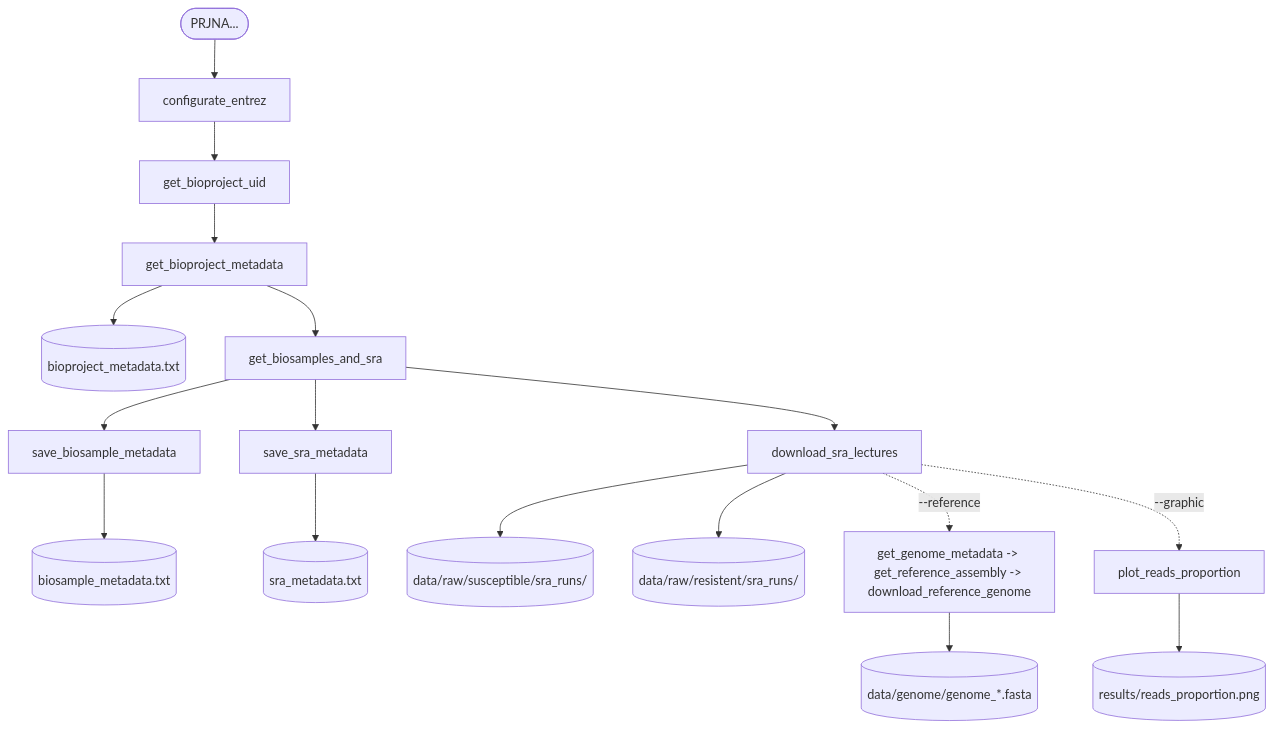
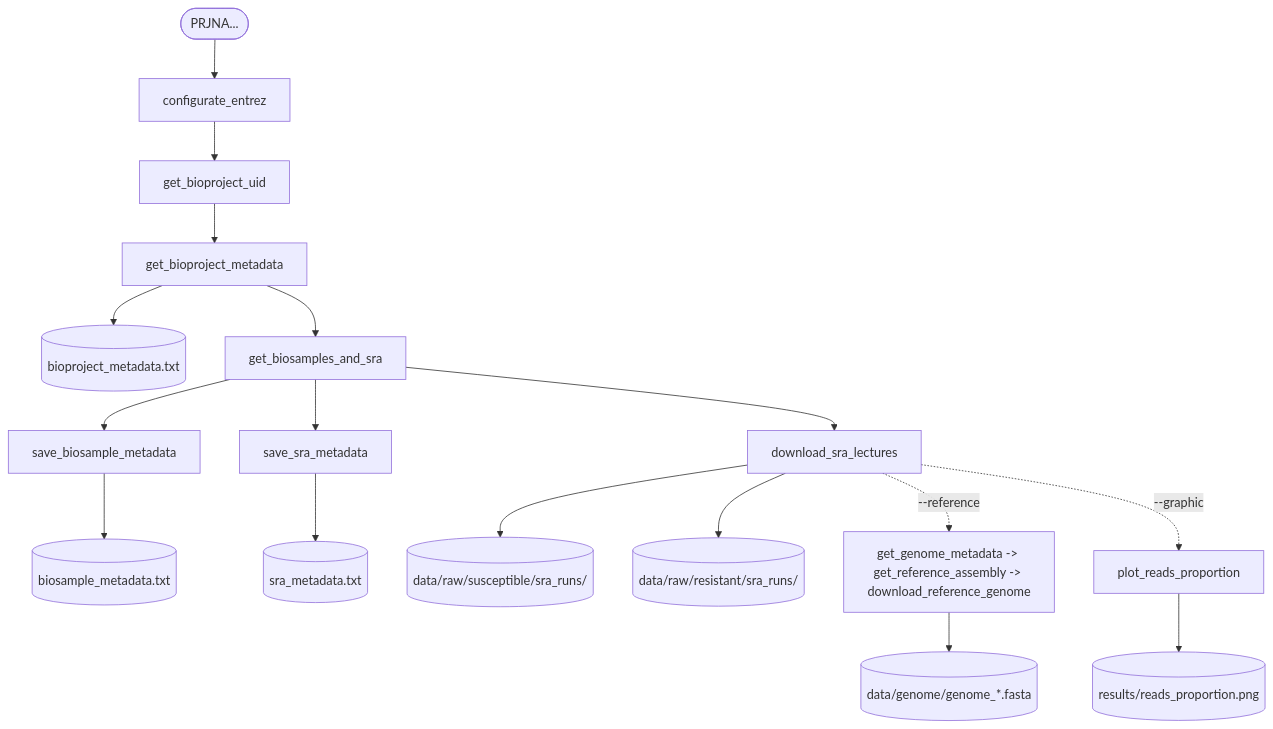
One commit to DiegoLedesma09/analisis_expresion_malaria changed the diagram in docs/download_data.md. Above: the diagram before and after it, drawn with Mermaid. The commit also changed other lines of this file, not shown here.

Commit message:
update the project tree in download_data

````diff
--- a/docs/download_data.md
+++ b/docs/download_data.md
@@ -49,15 +49,15 @@
 ```mermaid
 flowchart TD
     A([PRJNA...]) --> B[configurate_entrez]
     B --> C[get_bioproject_uid]
     C --> D[get_bioproject_metadata] --> D1[(bioproject_metadata.txt)]
     D --> E[get_biosamples_and_sra]
     E --> E1[save_biosample_metadata] --> E2[(biosample_metadata.txt)]
     E --> E3[save_sra_metadata] --> E4[(sra_metadata.txt)]
     E --> F[download_sra_lectures]
     F --> F1[(data/raw/susceptible/sra_runs/)]
-    F --> F2[(data/raw/resistent/sra_runs/)]
+    F --> F2[(data/raw/resistant/sra_runs/)]
     F -.->|--reference| G[get_genome_metadata -> get_reference_assembly -> download_reference_genome]
     G --> G1[(data/genome/genome_*.fasta)]
     F -.->|--graphic| H[plot_reads_proportion] --> H1[(results/reads_proportion.png)]
 ```
````
